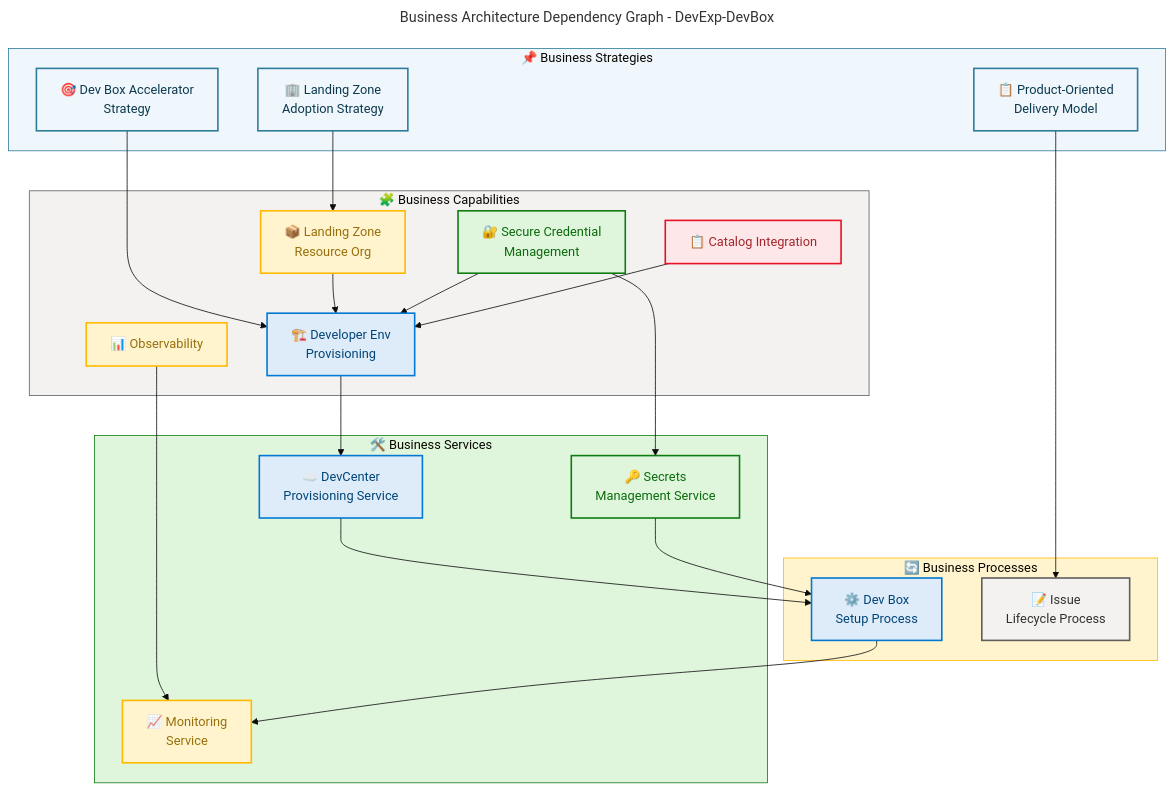
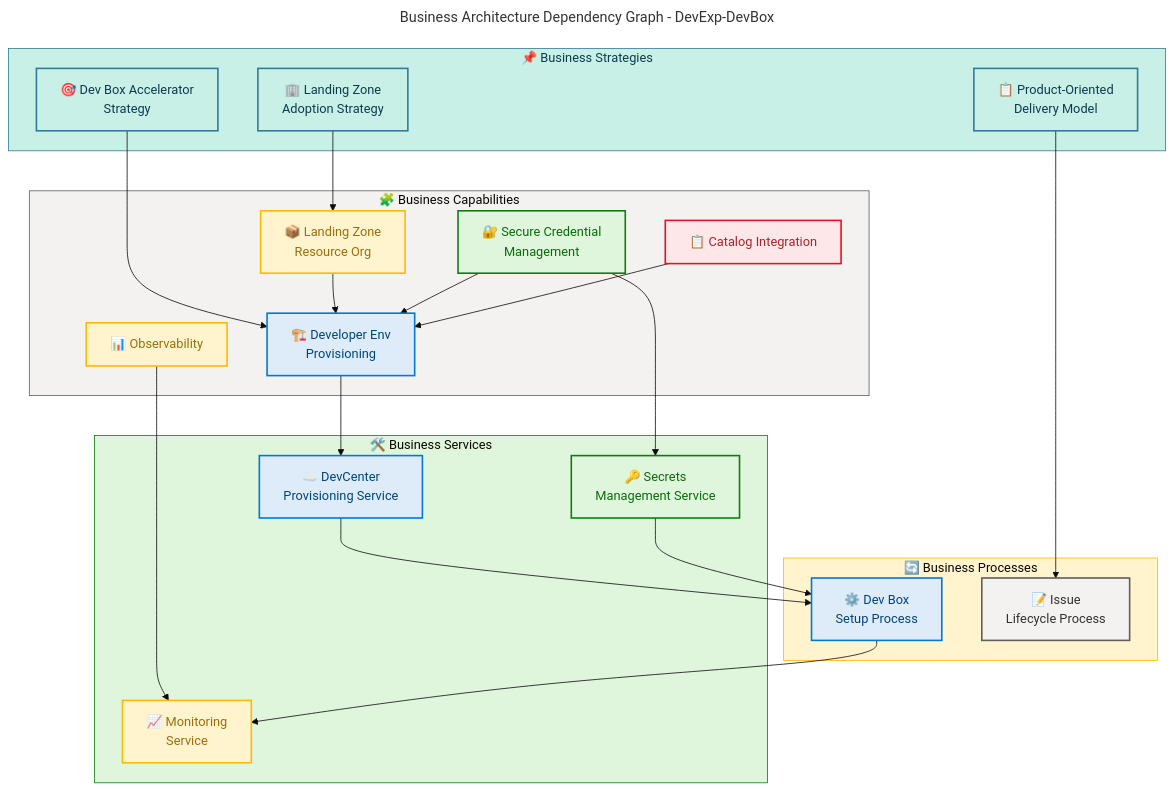
The fourth of 4 diagrams in docs/architecture/business-architecture.md (Evilazaro/DevExp-DevBox), drawn with Mermaid before and after one commit. The commit also changed other lines of this file, not shown here.

Commit message:
style: update flowchart colors for improved visibility and consistency

````diff
--- a/docs/architecture/business-architecture.md
+++ b/docs/architecture/business-architecture.md
@@ -1108,75 +1108,75 @@
 ```mermaid
 ---
 title: Business Architecture Dependency Graph - DevExp-DevBox
 config:
   theme: base
   look: classic
   layout: dagre
   themeVariables:
     fontSize: '16px'
 ---
 flowchart TD
     accTitle: Business Architecture Dependency Graph - DevExp-DevBox
     accDescr: Shows dependency relationships between Business Capabilities, Processes, Services, and Value Streams in the DevExp-DevBox platform engineering accelerator
 
     %% ═══════════════════════════════════════════════════════════════════════════
     %% AZURE / FLUENT ARCHITECTURE PATTERN v1.1
     %% (Semantic + Structural + Font + Accessibility Governance)
     %% ═══════════════════════════════════════════════════════════════════════════
     %% PHASE 1 - STRUCTURAL: Direction explicit, flat topology, nesting ≤ 3
     %% PHASE 2 - SEMANTIC: Colors justified, max 5 semantic classes, neutral-first
     %% PHASE 3 - FONT: Dark text on light backgrounds, contrast ≥ 4.5:1
     %% PHASE 4 - ACCESSIBILITY: accTitle/accDescr present, icons on all nodes
     %% PHASE 5 - STANDARD: Governance block present, classDefs centralized
     %% ═══════════════════════════════════════════════════════════════════════════
 
     subgraph strategies["📌 Business Strategies"]
         s1["🎯 Dev Box Accelerator\nStrategy"]:::strategy
         s2["🏢 Landing Zone\nAdoption Strategy"]:::strategy
         s3["📋 Product-Oriented\nDelivery Model"]:::strategy
     end
 
     subgraph capabilities["🧩 Business Capabilities"]
         c1["🏗️ Developer Env\nProvisioning"]:::core
         c2["🔐 Secure Credential\nManagement"]:::success
         c3["📦 Landing Zone\nResource Org"]:::warning
         c4["📋 Catalog Integration"]:::danger
         c6["📊 Observability"]:::warning
     end
 
     subgraph processes["🔄 Business Processes"]
         p1["⚙️ Dev Box\nSetup Process"]:::core
         p2["📝 Issue\nLifecycle Process"]:::neutral
     end
 
     subgraph services["🛠️ Business Services"]
         svc1["☁️ DevCenter\nProvisioning Service"]:::core
         svc2["🔑 Secrets\nManagement Service"]:::success
         svc3["📈 Monitoring\nService"]:::warning
     end
 
     s1 --> c1
     s2 --> c3
     s3 --> p2
     c3 --> c1
     c2 --> c1
     c4 --> c1
     c1 --> svc1
     c2 --> svc2
     c6 --> svc3
     svc1 --> p1
     svc2 --> p1
     p1 --> svc3
 
-    classDef strategy fill:#EFF6FC,stroke:#2D7D9A,stroke-width:2px,color:#0D3A4F
+    classDef strategy fill:#C8F0E7,stroke:#2D7D9A,stroke-width:2px,color:#0D3A4F
     classDef core fill:#DEECF9,stroke:#0078D4,stroke-width:2px,color:#004578
     classDef success fill:#DFF6DD,stroke:#107C10,stroke-width:2px,color:#0B6A0B
     classDef warning fill:#FFF4CE,stroke:#FFB900,stroke-width:2px,color:#986F0B
     classDef danger fill:#FDE7E9,stroke:#E81123,stroke-width:2px,color:#A4262C
     classDef neutral fill:#F3F2F1,stroke:#605E5C,stroke-width:2px,color:#323130
 
-    style strategies fill:#EFF6FC,stroke:#2D7D9A,stroke-width:1px
+    style strategies fill:#C8F0E7,stroke:#2D7D9A,stroke-width:1px,color:#0D3A4F
     style capabilities fill:#F3F2F1,stroke:#605E5C,stroke-width:1px
     style processes fill:#FFF4CE,stroke:#FFB900,stroke-width:1px
     style services fill:#DFF6DD,stroke:#107C10,stroke-width:1px
 ```
````
